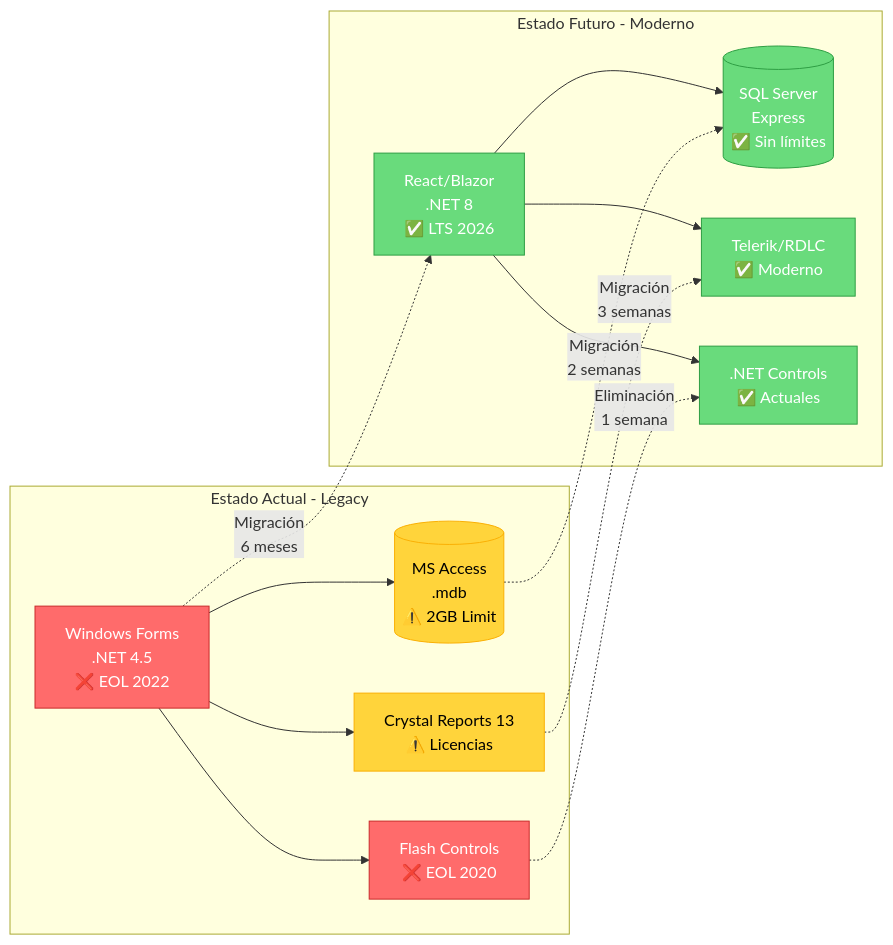
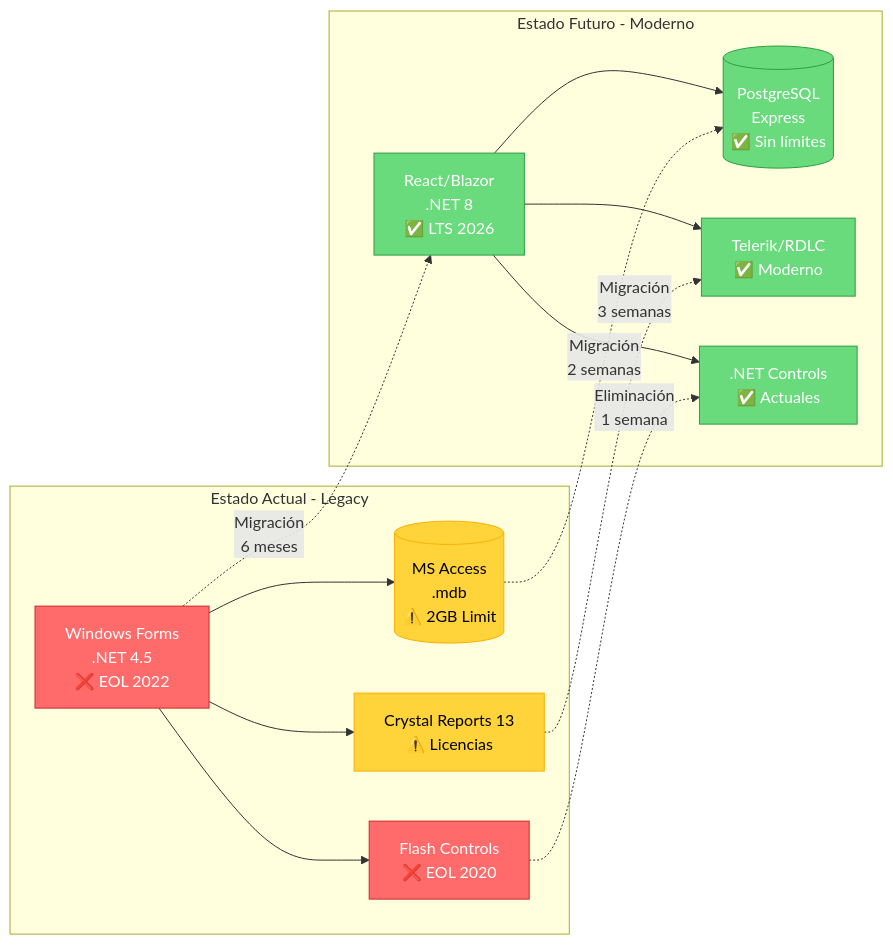
One commit to dleonsystem/sep_evaluacion_diagnostica changed the third of 13 diagrams in DASHBOARD_VISUAL.md. Above: the diagram before and after it, drawn with Mermaid. The commit also changed other lines of this file, not shown here.

````diff
--- a/DASHBOARD_VISUAL.md
+++ b/DASHBOARD_VISUAL.md
@@ -61,38 +61,38 @@
 ```mermaid
 graph LR
     subgraph "Estado Actual - Legacy"
         A1[Windows Forms<br/>.NET 4.5<br/>❌ EOL 2022]
         A2[(MS Access<br/>.mdb<br/>⚠️ 2GB Limit)]
         A3[Crystal Reports 13<br/>⚠️ Licencias]
         A4[Flash Controls<br/>❌ EOL 2020]
         
         A1 --> A2
         A1 --> A3
         A1 --> A4
     end
     
     subgraph "Estado Futuro - Moderno"
         B1[React/Blazor<br/>.NET 8<br/>✅ LTS 2026]
-        B2[(SQL Server<br/>Express<br/>✅ Sin límites)]
+        B2[(PostgreSQL<br/>Express<br/>✅ Sin límites)]
         B3[Telerik/RDLC<br/>✅ Moderno]
         B4[.NET Controls<br/>✅ Actuales]
         
         B1 --> B2
         B1 --> B3
         B1 --> B4
     end
     
     A1 -.Migración<br/>6 meses.-> B1
     A2 -.Migración<br/>2 semanas.-> B2
     A3 -.Migración<br/>3 semanas.-> B3
     A4 -.Eliminación<br/>1 semana.-> B4
     
     style A1 fill:#ff6b6b,stroke:#c92a2a,color:#fff
     style A2 fill:#ffd43b,stroke:#fab005,color:#000
     style A3 fill:#ffd43b,stroke:#fab005,color:#000
     style A4 fill:#ff6b6b,stroke:#c92a2a,color:#fff
     style B1 fill:#69db7c,stroke:#2f9e44,color:#fff
     style B2 fill:#69db7c,stroke:#2f9e44,color:#fff
     style B3 fill:#69db7c,stroke:#2f9e44,color:#fff
     style B4 fill:#69db7c,stroke:#2f9e44,color:#fff
 ```
````
